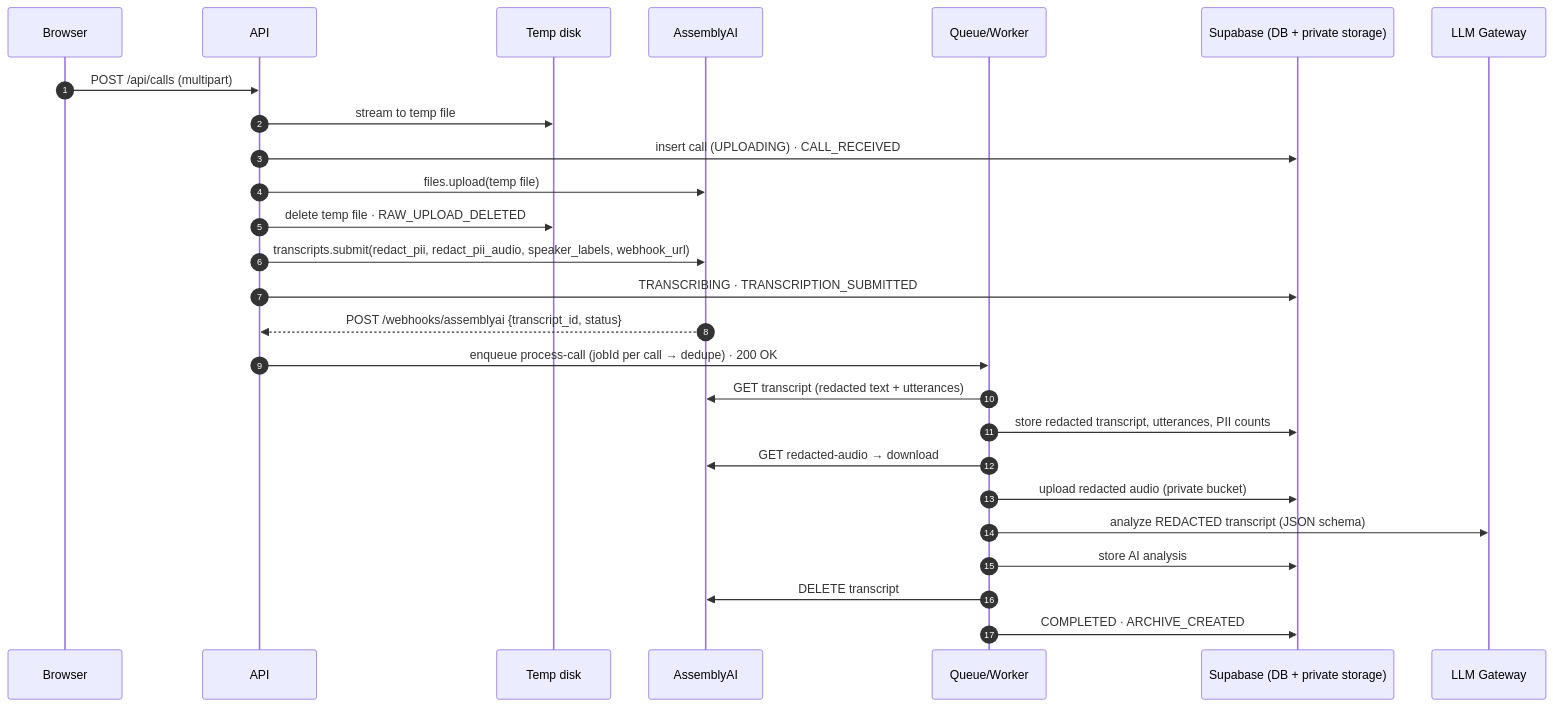
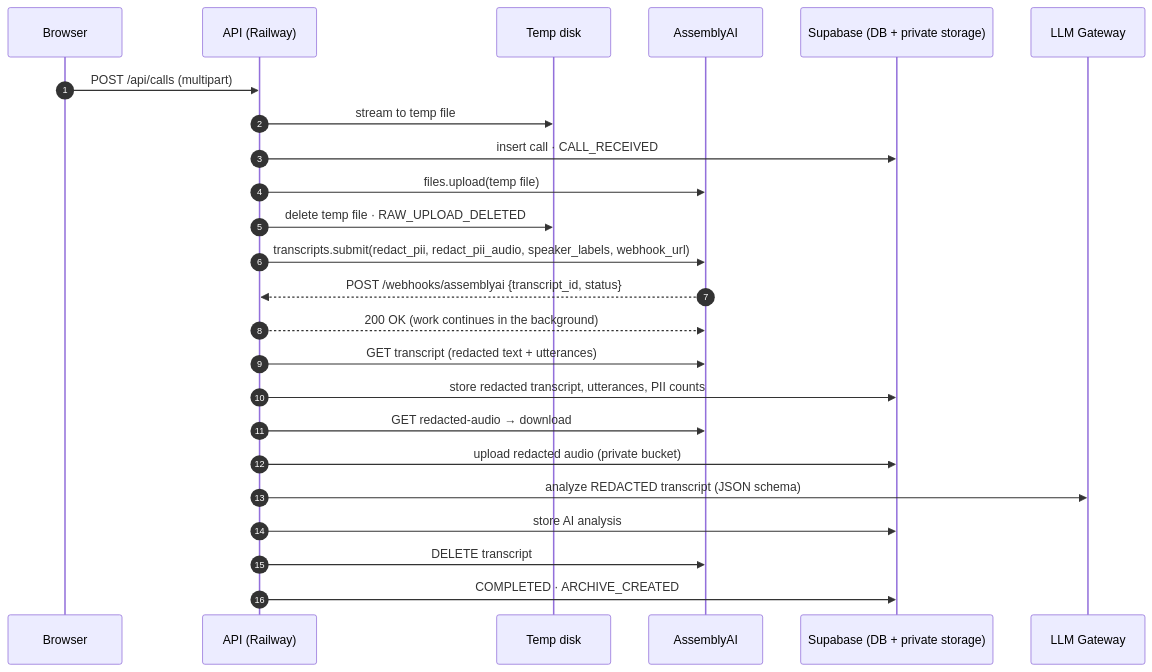
The second of 2 diagrams in docs/architecture.md (Chong1120/Endpointing), drawn with Mermaid before and after one commit. The commit also changed other lines of this file and 27 other files, not shown here.

First line of the commit message:
Simplify to three pieces: Vercel website, one Railway API, Supabase

````diff
--- a/docs/architecture.md
+++ b/docs/architecture.md
@@ -32,29 +39,27 @@
 ```mermaid
 sequenceDiagram
   autonumber
   participant B as Browser
-  participant A as API
+  participant A as API (Railway)
   participant T as Temp disk
   participant X as AssemblyAI
-  participant Q as Queue/Worker
   participant S as Supabase (DB + private storage)
   participant L as LLM Gateway
 
   B->>A: POST /api/calls (multipart)
   A->>T: stream to temp file
-  A->>S: insert call (UPLOADING) · CALL_RECEIVED
+  A->>S: insert call · CALL_RECEIVED
   A->>X: files.upload(temp file)
   A->>T: delete temp file · RAW_UPLOAD_DELETED
   A->>X: transcripts.submit(redact_pii, redact_pii_audio, speaker_labels, webhook_url)
-  A->>S: TRANSCRIBING · TRANSCRIPTION_SUBMITTED
   X-->>A: POST /webhooks/assemblyai {transcript_id, status}
-  A->>Q: enqueue process-call (jobId per call → dedupe) · 200 OK
-  Q->>X: GET transcript (redacted text + utterances)
-  Q->>S: store redacted transcript, utterances, PII counts
-  Q->>X: GET redacted-audio → download
-  Q->>S: upload redacted audio (private bucket)
-  Q->>L: analyze REDACTED transcript (JSON schema)
-  Q->>S: store AI analysis
-  Q->>X: DELETE transcript
-  Q->>S: COMPLETED · ARCHIVE_CREATED
+  A-->>X: 200 OK (work continues in the background)
+  A->>X: GET transcript (redacted text + utterances)
+  A->>S: store redacted transcript, utterances, PII counts
+  A->>X: GET redacted-audio → download
+  A->>S: upload redacted audio (private bucket)
+  A->>L: analyze REDACTED transcript (JSON schema)
+  A->>S: store AI analysis
+  A->>X: DELETE transcript
+  A->>S: COMPLETED · ARCHIVE_CREATED
 ```
````
